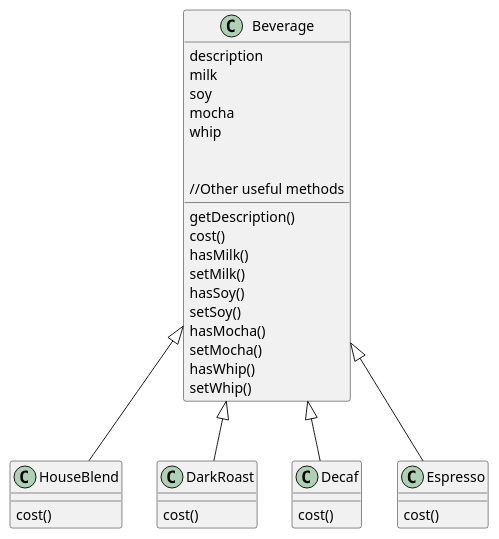
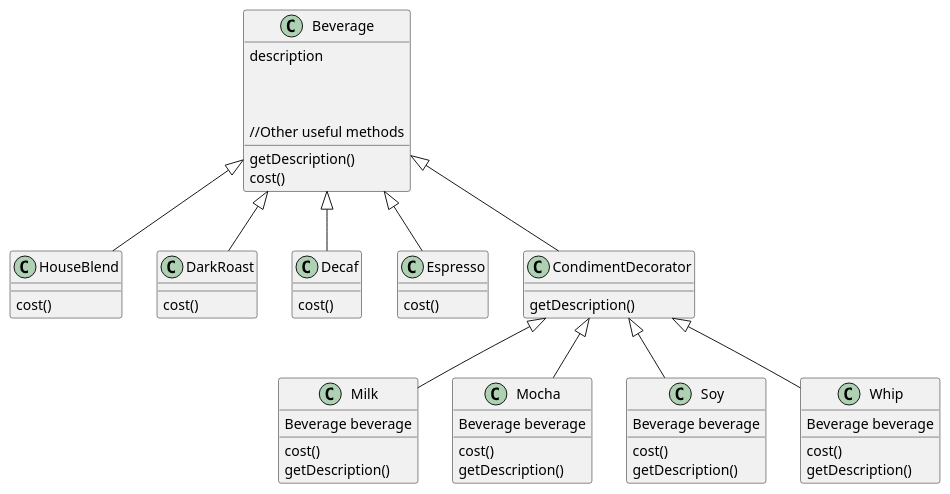
The diagram in uml/StarbuzzCoffee.wsd (nRookie/design-pattern-python), drawn with PlantUML before and after one commit.

Commit message:
decorating beverage

```diff
--- a/uml/StarbuzzCoffee.wsd
+++ b/uml/StarbuzzCoffee.wsd
@@ -1,46 +1,70 @@
 
 class Beverage{
     description
-    milk 
-    soy
-    mocha
-    whip 
+
 
     getDescription()
     cost()
-    hasMilk()
-    setMilk()
-    hasSoy()
-    setSoy()
-    hasMocha()
-    setMocha()
-    hasWhip()
-    setWhip()
 
     //Other useful methods
 }
 
 
 
 
 class HouseBlend{
     cost()
 }
 
 class DarkRoast{
     cost()
 }
 
 class Decaf{
     cost()
 }
 
 class Espresso{
     cost()
 }
 
+class CondimentDecorator{
+    getDescription()
+}
+
+class Milk{
+    Beverage beverage
+    cost()
+    getDescription()
+}
+
+class Mocha{
+    Beverage beverage
+    cost()
+    getDescription()
+}
+
+class Soy{
+    Beverage beverage
+    cost()
+    getDescription()
+}
+
+class Whip{
+    Beverage beverage
+    cost()
+    getDescription()
+}
+
 
 Beverage <|-- HouseBlend
 Beverage <|-- DarkRoast
 Beverage <|-- Decaf
 Beverage <|-- Espresso
+Beverage <|-- CondimentDecorator
+
+
+CondimentDecorator <|-- Milk
+CondimentDecorator <|-- Mocha
+CondimentDecorator <|-- Soy
+CondimentDecorator <|-- Whip
```
